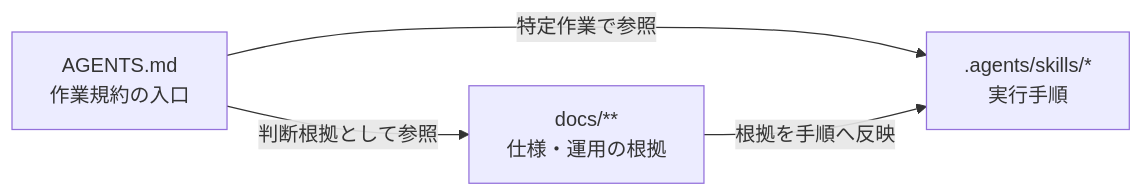
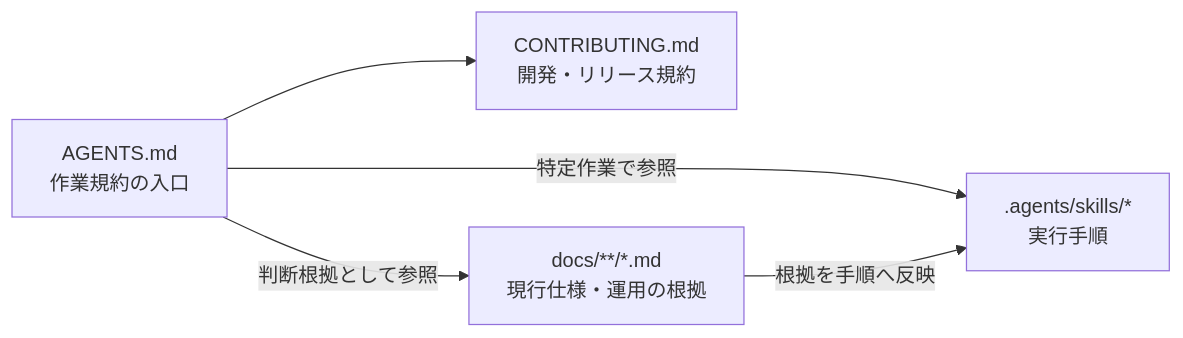
The diagram in AGENTS.md (Masashi-desu/Masashi-desu.github.io), drawn with Mermaid before and after one commit. The commit also changed other lines of this file and 15 other files, not shown here.

````diff
--- a/AGENTS.md
+++ b/AGENTS.md
@@ -35,6 +11,7 @@
 ```mermaid
 flowchart LR
-    A["AGENTS.md<br/>作業規約の入口"] -->|"特定作業で参照"| S[".agents/skills/*<br/>実行手順"]
-    A -->|"判断根拠として参照"| D["docs/**<br/>仕様・運用の根拠"]
+    A["AGENTS.md<br/>作業規約の入口"] --> C["CONTRIBUTING.md<br/>開発・リリース規約"]
+    A -->|"特定作業で参照"| S[".agents/skills/*<br/>実行手順"]
+    A -->|"判断根拠として参照"| D["docs/**/*.md<br/>現行仕様・運用の根拠"]
     D -->|"根拠を手順へ反映"| S
 ```
````
